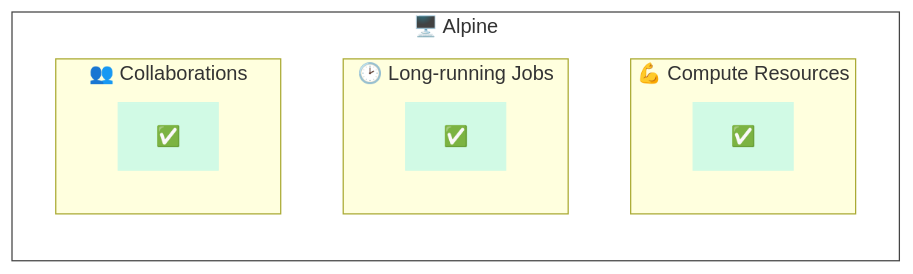
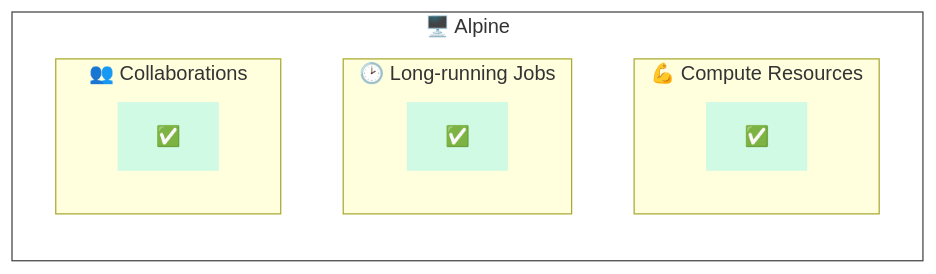
Before and after one commit to CU-DBMI/set-website: the second of 8 diagrams in _posts/2023-07-07-Using-Python-and-Anaconda-with-the-Alpine-HPC-Cluster.md, drawn with Mermaid. The commit also changed other lines of this file, not shown here.

Commit message:
update to jenkins-spaceship diagram syntax

````diff
--- a/_posts/2023-07-07-Using-Python-and-Anaconda-with-the-Alpine-HPC-Cluster.md
+++ b/_posts/2023-07-07-Using-Python-and-Anaconda-with-the-Alpine-HPC-Cluster.md
@@ -67,21 +64,21 @@
-<pre class="mermaid">
+```mermaid!
 flowchart LR
     subgraph alpine["🖥️ Alpine"]
         direction TB
         subgraph resources[" &nbsp; 💪 Compute Resources &nbsp;"]
             check1["✅"]
         end
         subgraph time[" &nbsp; 🕑 Long-running Jobs &nbsp;"]
             check2["✅"]
         end
         subgraph collaborations[" &nbsp; 👥 Collaborations &nbsp;"]
             check3["✅"]
         end
     end
 
 style alpine fill:#ffffff,stroke:#444444;
 style check1 fill:#D1FAE5,stroke:#D1FAE5;
 style check2 fill:#D1FAE5,stroke:#D1FAE5;
 style check3 fill:#D1FAE5,stroke:#D1FAE5;
 style alpine fill:#ffffff,stroke:#444444;
-</pre>
+```
````
